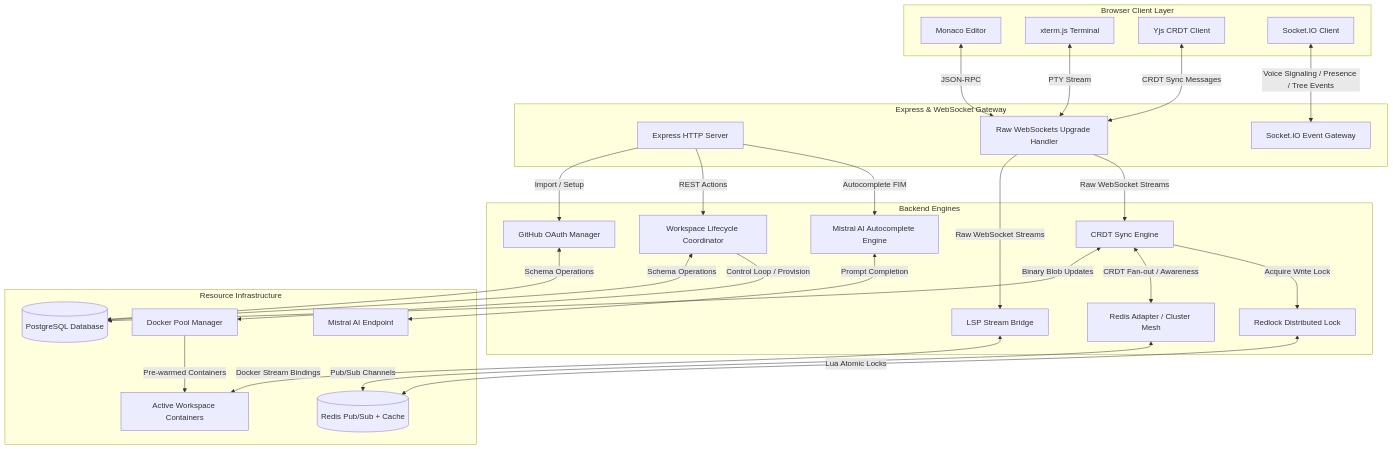
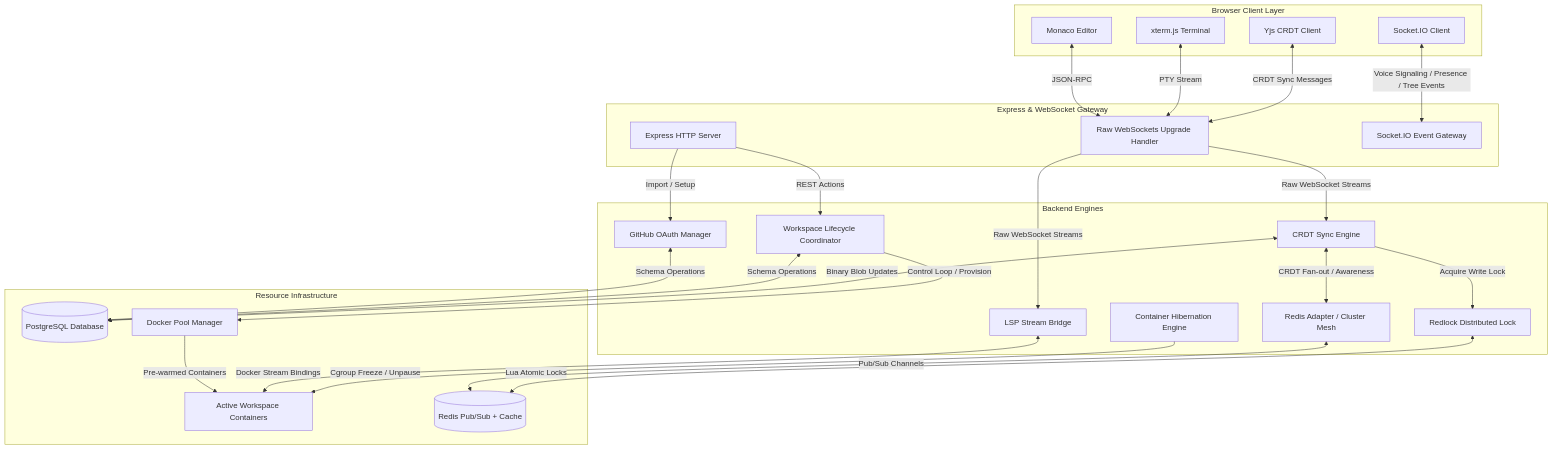
One commit to AmanKashyapp07/NexusIDE changed the diagram in README.md. Above: the diagram before and after it, drawn with Mermaid. The commit also changed other lines of this file and 6 other files, not shown here.

Commit message:
feat: add terminal stream micro-batching buffer and workspace container hibernation support

````diff
--- a/README.md
+++ b/README.md
@@ -63,59 +64,57 @@
 ```mermaid
 graph TD
     %% Browser Layer
     subgraph Client [Browser Client Layer]
         A1[Monaco Editor]
         A2[xterm.js Terminal]
         A3[Yjs CRDT Client]
         A4[Socket.IO Client]
     end
 
     %% Gateway Layer
     subgraph Gateway [Express & WebSocket Gateway]
         B1[Express HTTP Server]
         B2[Raw WebSockets Upgrade Handler]
         B3[Socket.IO Event Gateway]
     end
 
     %% Business Logic Layer
     subgraph Logic [Backend Engines]
         C1[GitHub OAuth Manager]
         C2[Workspace Lifecycle Coordinator]
         C3[LSP Stream Bridge]
-        C4[Mistral AI Autocomplete Engine]
-        C5[CRDT Sync Engine]
-        C6[Redis Adapter / Cluster Mesh]
-        C7[Redlock Distributed Lock]
+        C4[CRDT Sync Engine]
+        C5[Redis Adapter / Cluster Mesh]
+        C6[Redlock Distributed Lock]
+        C7[Container Hibernation Engine]
     end
 
     %% Resource Layer
     subgraph Infrastructure [Resource Infrastructure]
         D1[(PostgreSQL Database)]
         D2[Docker Pool Manager]
         D3[Active Workspace Containers]
-        D4[Mistral AI Endpoint]
-        D5[(Redis Pub/Sub + Cache)]
+        D4[(Redis Pub/Sub + Cache)]
     end
 
     %% Connections
     A1 <-->|JSON-RPC| B2
     A2 <-->|PTY Stream| B2
     A3 <-->|CRDT Sync Messages| B2
     A4 <-->|Voice Signaling / Presence / Tree Events| B3
 
     B1 -->|Import / Setup| C1
     B1 -->|REST Actions| C2
-    B2 -->|Raw WebSocket Streams| C3 & C5
-    B1 -->|Autocomplete FIM| C4
+    B2 -->|Raw WebSocket Streams| C3 & C4
 
     C1 & C2 <-->|Schema Operations| D1
     C2 -->|Control Loop / Provision| D2
     D2 -->|Pre-warmed Containers| D3
     C3 <-->|Docker Stream Bindings| D3
-    C4 <-->|Prompt Completion| D4
-    C5 <-->|Binary Blob Updates| D1
-    C5 <-->|CRDT Fan-out / Awareness| C6
-    C6 <-->|Pub/Sub Channels| D5
-    C7 <-->|Lua Atomic Locks| D5
-    C5 -->|Acquire Write Lock| C7
+    C4 <-->|Binary Blob Updates| D1
+    C4 <-->|CRDT Fan-out / Awareness| C5
+    C5 <-->|Pub/Sub Channels| D4
+    C6 <-->|Lua Atomic Locks| D4
+    C4 -->|Acquire Write Lock| C6
+    C7 -->|Cgroup Freeze / Unpause| D3
 ```
````
